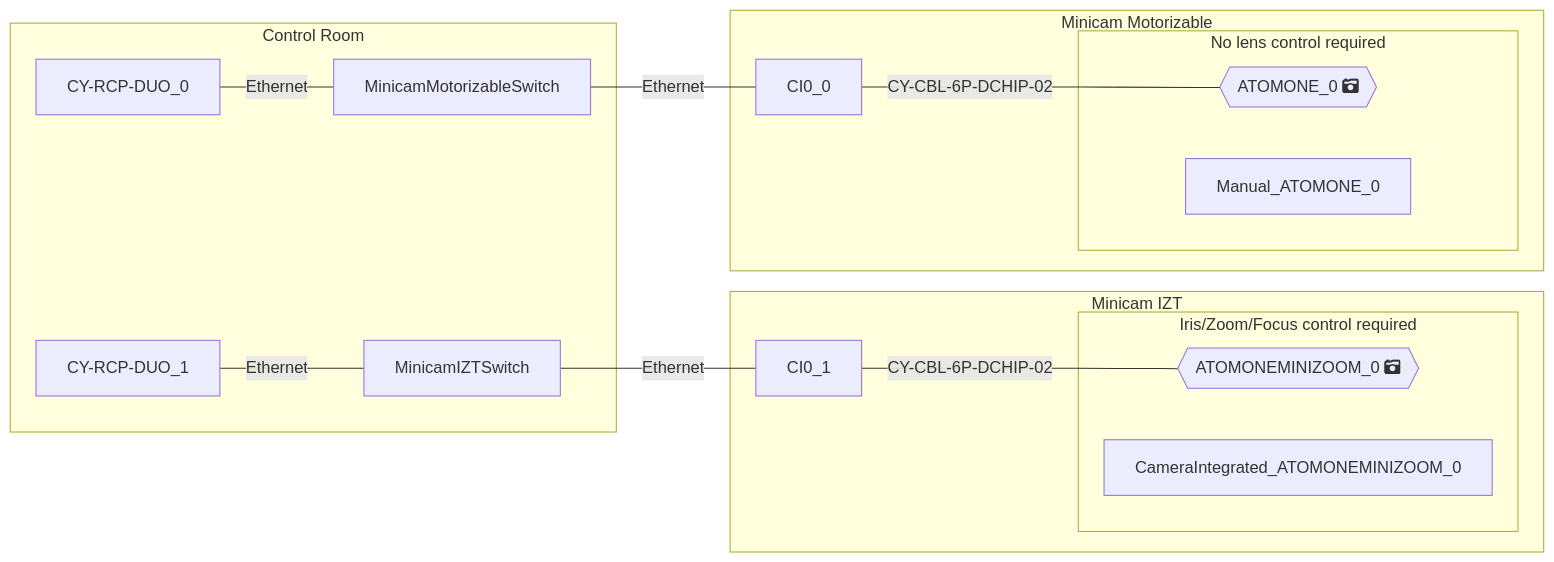
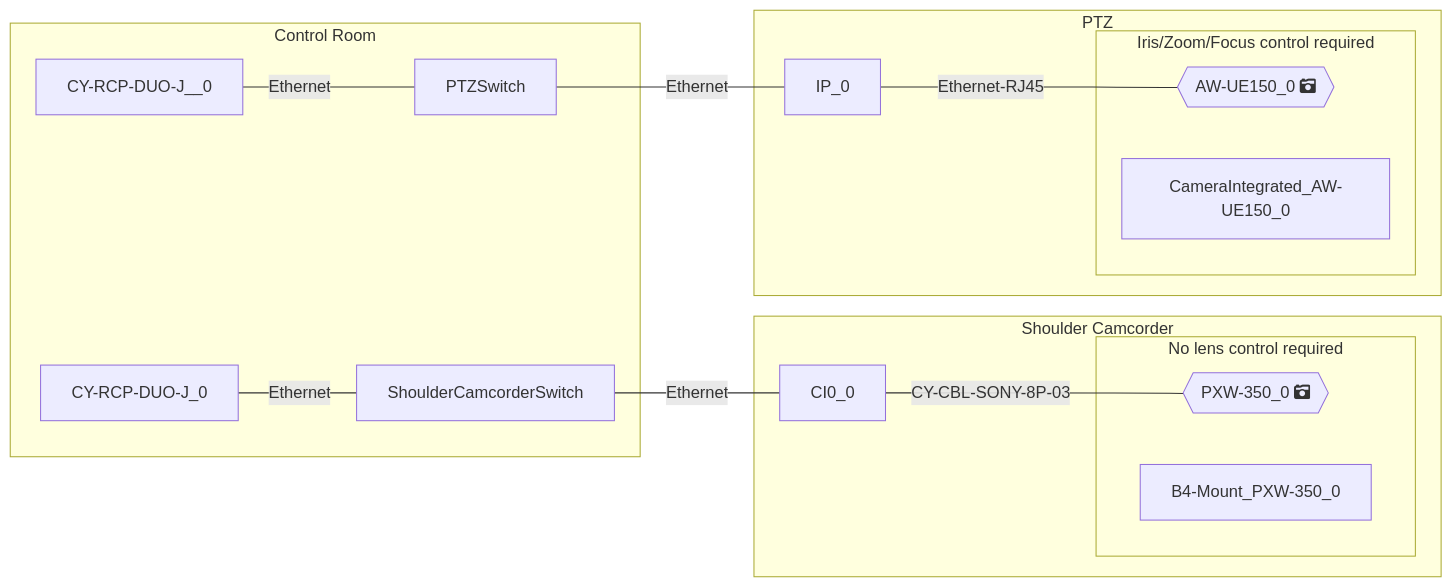
One commit to Rascarquapac/UIevaluation changed the diagram in debug/mermaid_code.md. Above: the diagram before and after it, drawn with Mermaid. The commit also changed 9 other files, not shown here.

```diff
--- a/debug/mermaid_code.md
+++ b/debug/mermaid_code.md
@@ -1,24 +1,24 @@
 :::mermaid
 graph RL
-subgraph Minicam Motorizable
-ATOMONE_0{{"ATOMONE_0 fa:fa-camera-retro"}}---|CY-CBL-6P-DCHIP-02|CI0_0
-  subgraph ATOMONE_0_cameralens [No lens control required]
-    ATOMONE_0
-    Manual_ATOMONE_0
+subgraph PTZ
+AW-UE150_0{{"AW-UE150_0 fa:fa-camera-retro"}}---|Ethernet-RJ45|IP_0
+  subgraph AW-UE150_0_cameralens [Iris/Zoom/Focus control required]
+    AW-UE150_0
+    CameraIntegrated_AW-UE150_0
   end
 end
-subgraph Minicam IZT
-ATOMONEMINIZOOM_0{{"ATOMONEMINIZOOM_0 fa:fa-camera-retro"}}---|CY-CBL-6P-DCHIP-02|CI0_1
-  subgraph ATOMONEMINIZOOM_0_cameralens [Iris/Zoom/Focus control required]
-    ATOMONEMINIZOOM_0
-    CameraIntegrated_ATOMONEMINIZOOM_0
+subgraph Shoulder Camcorder
+PXW-350_0{{"PXW-350_0 fa:fa-camera-retro"}}---|CY-CBL-SONY-8P-03|CI0_0
+  subgraph PXW-350_0_cameralens [No lens control required]
+    PXW-350_0
+    B4-Mount_PXW-350_0
   end
 end
 subgraph "Control Room" 
-CI0_0 --- |Ethernet|MinicamMotorizableSwitch
-CI0_1 --- |Ethernet|MinicamIZTSwitch
-MinicamMotorizableSwitch --- |Ethernet|CY-RCP-DUO_0
-MinicamIZTSwitch --- |Ethernet|CY-RCP-DUO_1
+IP_0 --- |Ethernet|PTZSwitch
+CI0_0 --- |Ethernet|ShoulderCamcorderSwitch
+PTZSwitch --- |Ethernet|CY-RCP-DUO-J__0
+ShoulderCamcorderSwitch --- |Ethernet|CY-RCP-DUO-J_0
 end
 
 :::
```
